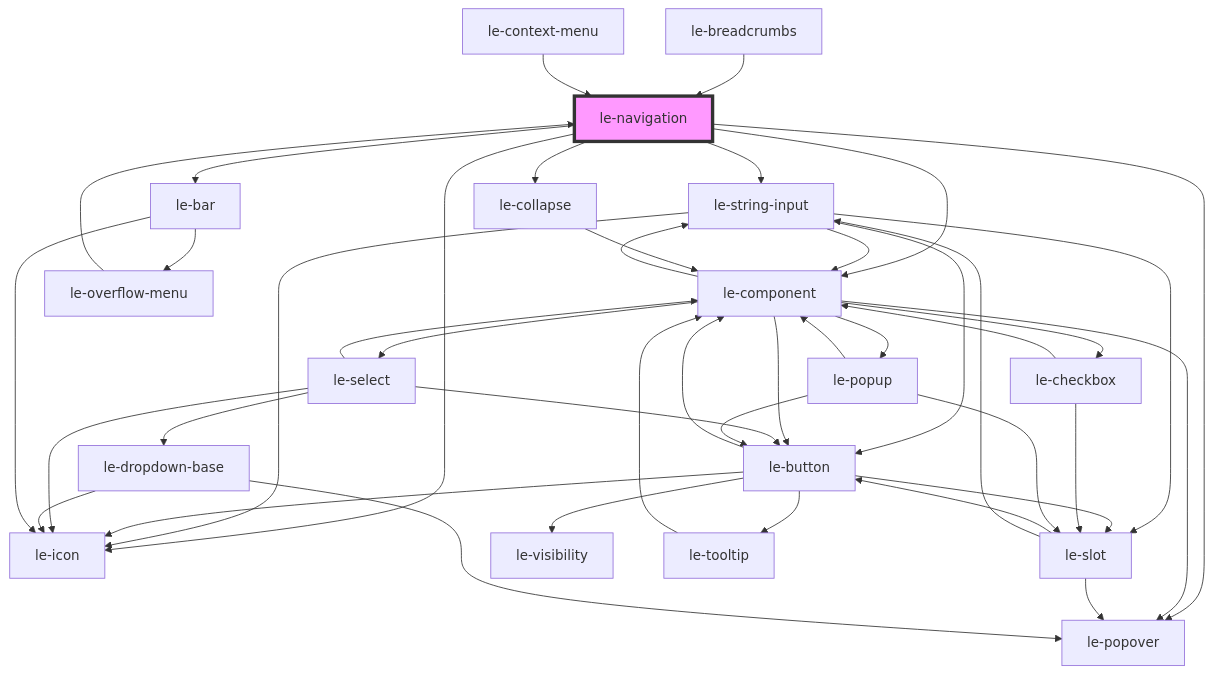
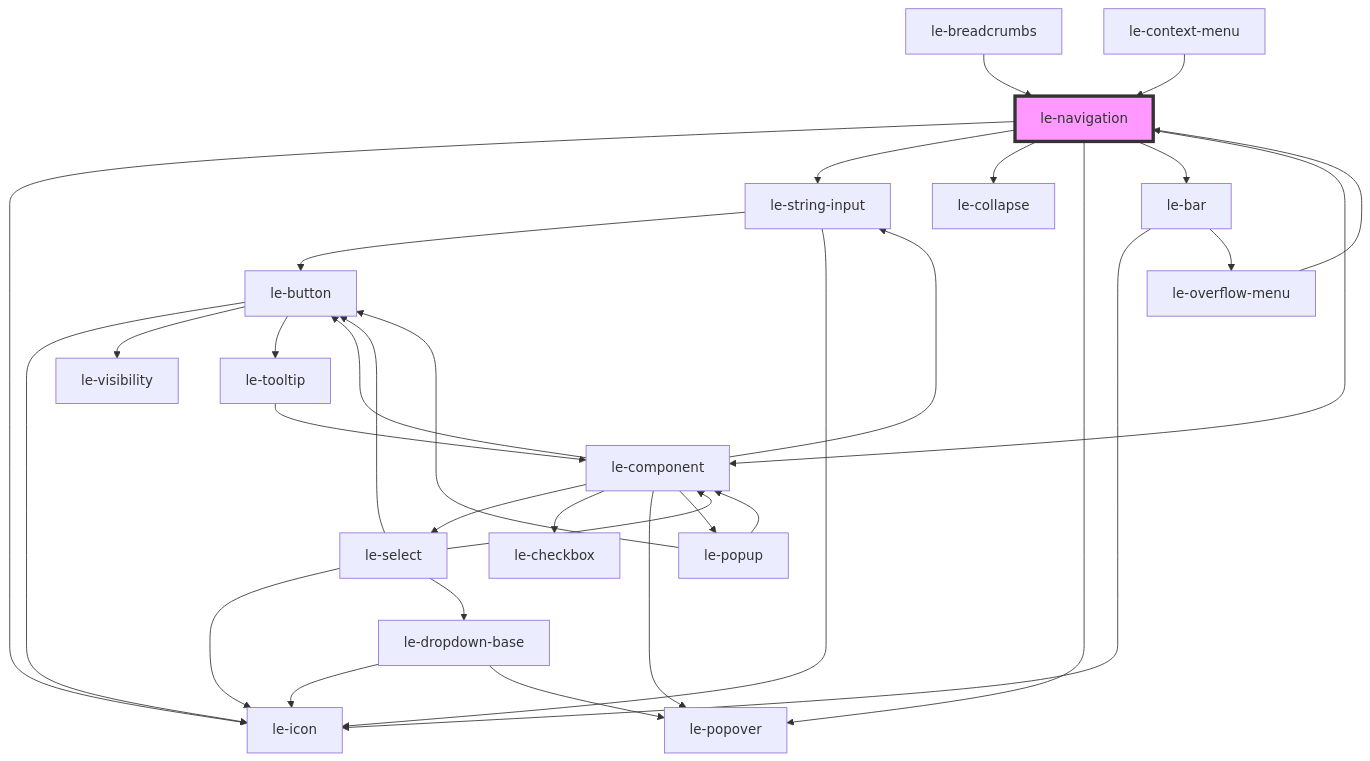
Before and after one commit to leechy/le-kit: the diagram in packages/core/src/components/le-navigation/readme.md, drawn with Mermaid. The commit also changed other lines of this file and 13 other files, not shown here.

````diff
--- a/packages/core/src/components/le-navigation/readme.md
+++ b/packages/core/src/components/le-navigation/readme.md
@@ -158,46 +159,35 @@
 ```mermaid
 graph TD;
   le-navigation --> le-icon
   le-navigation --> le-string-input
   le-navigation --> le-collapse
   le-navigation --> le-popover
   le-navigation --> le-bar
   le-navigation --> le-component
-  le-string-input --> le-component
   le-string-input --> le-button
   le-string-input --> le-icon
-  le-string-input --> le-slot
+  le-button --> le-icon
+  le-button --> le-visibility
+  le-button --> le-tooltip
+  le-tooltip --> le-component
   le-component --> le-button
   le-component --> le-select
   le-component --> le-checkbox
   le-component --> le-string-input
   le-component --> le-popover
   le-component --> le-popup
-  le-button --> le-icon
-  le-button --> le-visibility
-  le-button --> le-slot
-  le-button --> le-component
-  le-button --> le-tooltip
-  le-slot --> le-popover
-  le-slot --> le-button
-  le-slot --> le-string-input
-  le-tooltip --> le-component
   le-select --> le-icon
   le-select --> le-component
   le-select --> le-dropdown-base
   le-select --> le-button
   le-dropdown-base --> le-icon
   le-dropdown-base --> le-popover
-  le-checkbox --> le-component
-  le-checkbox --> le-slot
-  le-popup --> le-slot
   le-popup --> le-button
   le-popup --> le-component
-  le-collapse --> le-component
   le-bar --> le-icon
   le-bar --> le-overflow-menu
   le-overflow-menu --> le-navigation
   le-breadcrumbs --> le-navigation
   le-context-menu --> le-navigation
   style le-navigation fill:#f9f,stroke:#333,stroke-width:4px
 ```
````
